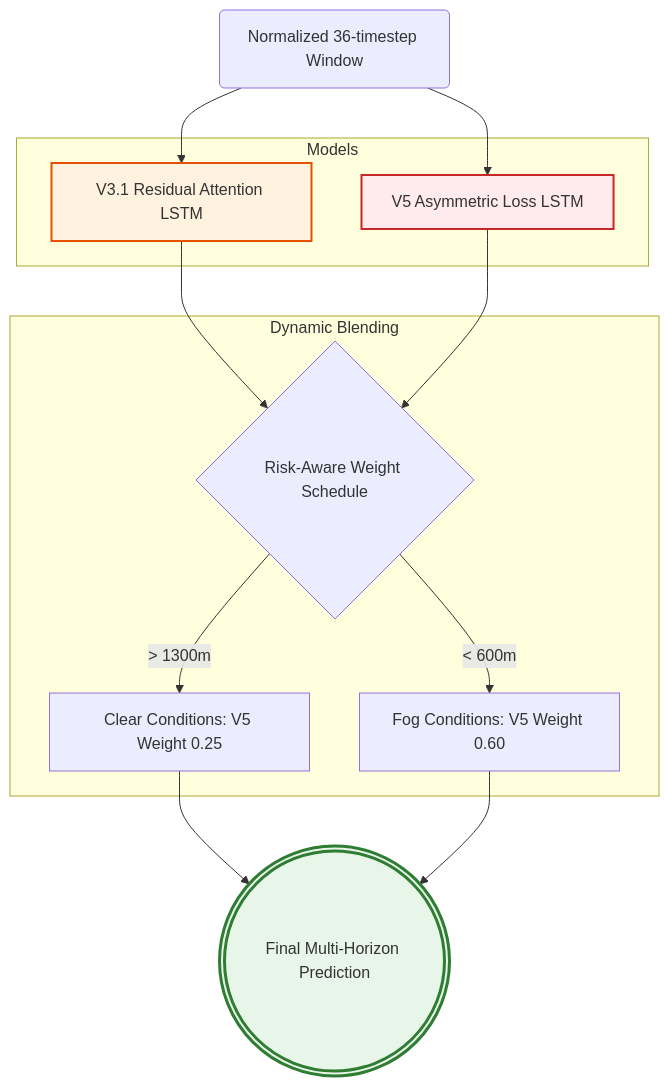
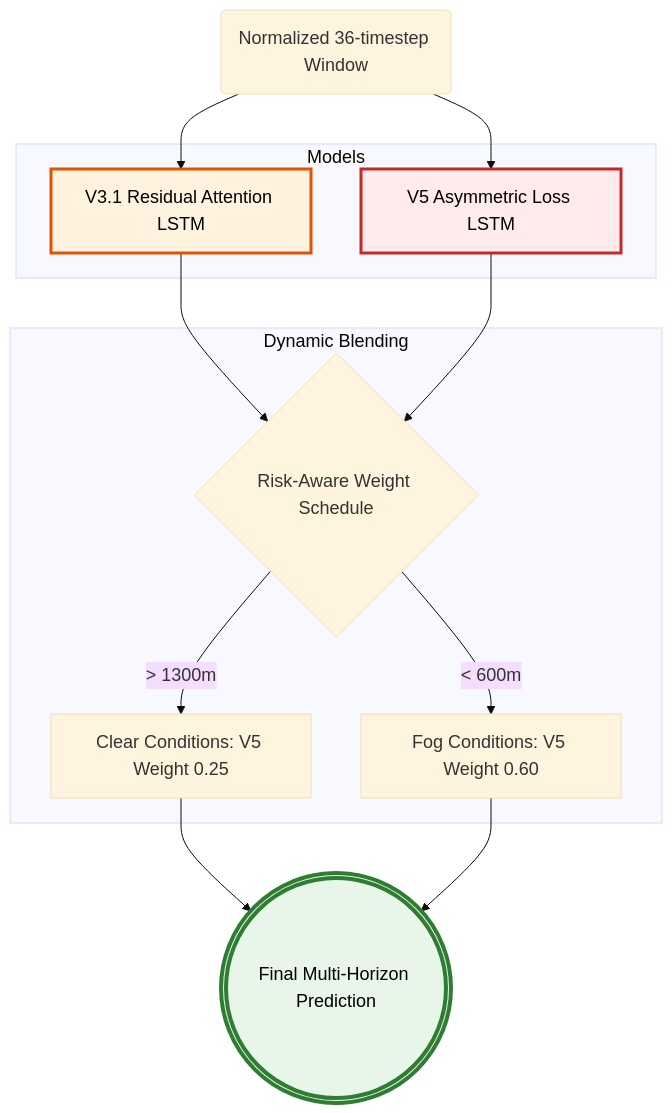
Before and after one commit to Alwyndev/igi_RVR_forecast: the second of 4 diagrams in REPORT_DIAGRAMS.md, drawn with Mermaid. The commit also changed other lines of this file, not shown here.

````diff
--- a/REPORT_DIAGRAMS.md
+++ b/REPORT_DIAGRAMS.md
@@ -53,32 +56,33 @@
 ```mermaid
+%%{init: {'theme': 'base', 'themeVariables': { 'fontSize': '18px', 'fontFamily': 'arial'}}}%%
 flowchart TD
     IN(Normalized 36-timestep Window)
     
     subgraph Models
         V3[V3.1 Residual Attention LSTM]
         V5[V5 Asymmetric Loss LSTM]
     end
 
     subgraph Dynamic Blending
         RISK{Risk-Aware Weight Schedule}
         CLEAR[Clear Conditions: V5 Weight 0.25]
         FOG[Fog Conditions: V5 Weight 0.60]
     end
 
     OUT(((Final Multi-Horizon Prediction)))
 
     IN --> V3
     IN --> V5
     V3 --> RISK
     V5 --> RISK
     
     RISK -->|> 1300m| CLEAR
     RISK -->|< 600m| FOG
     
     CLEAR --> OUT
     FOG --> OUT
     
-    style V3 fill:#fff3e0,stroke:#e65100,stroke-width:2px
-    style V5 fill:#ffebee,stroke:#c62828,stroke-width:2px
-    style OUT fill:#e8f5e9,stroke:#2e7d32,stroke-width:3px
+    style V3 fill:#fff3e0,stroke:#e65100,stroke-width:3px,color:#000
+    style V5 fill:#ffebee,stroke:#c62828,stroke-width:3px,color:#000
+    style OUT fill:#e8f5e9,stroke:#2e7d32,stroke-width:4px,color:#000
 ```
````
